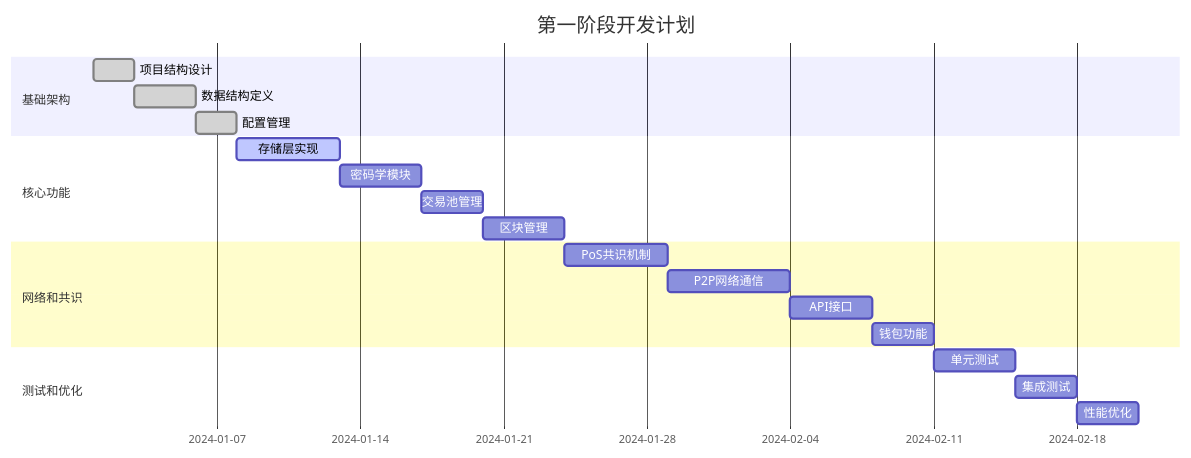
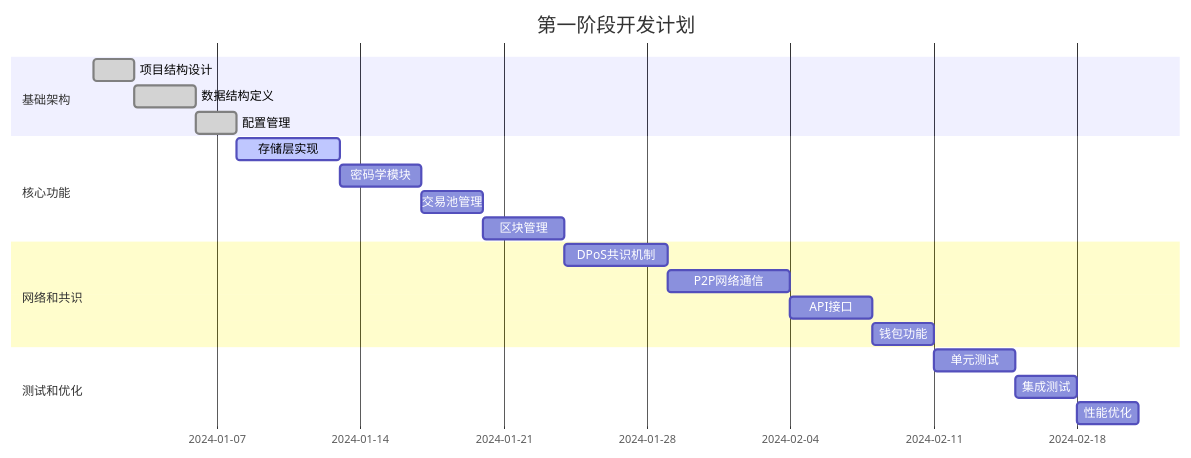
One commit to govm-net/shardmatrix changed the first of 2 diagrams in docs/development/roadmap.md. Above: the diagram before and after it, drawn with Mermaid. The commit also changed other lines of this file and 48 other files, not shown here.

````diff
--- a/docs/development/roadmap.md
+++ b/docs/development/roadmap.md
@@ -29,26 +29,26 @@
 ```mermaid
 gantt
     title 第一阶段开发计划
     dateFormat  YYYY-MM-DD
     section 基础架构
     项目结构设计           :done, arch, 2024-01-01, 2d
     数据结构定义           :done, types, 2024-01-03, 3d
     配置管理               :done, config, 2024-01-06, 2d
     
     section 核心功能
     存储层实现             :active, storage, 2024-01-08, 5d
     密码学模块             :crypto, 2024-01-13, 4d
     交易池管理             :txpool, 2024-01-17, 3d
     区块管理               :block, 2024-01-20, 4d
     
     section 网络和共识
-    PoS共识机制            :consensus, 2024-01-24, 5d
+    DPoS共识机制            :consensus, 2024-01-24, 5d
     P2P网络通信            :network, 2024-01-29, 6d
     API接口                :api, 2024-02-04, 4d
     钱包功能               :wallet, 2024-02-08, 3d
     
     section 测试和优化
     单元测试               :testing, 2024-02-11, 4d
     集成测试               :integration, 2024-02-15, 3d
     性能优化               :optimization, 2024-02-18, 3d
 ```
````
